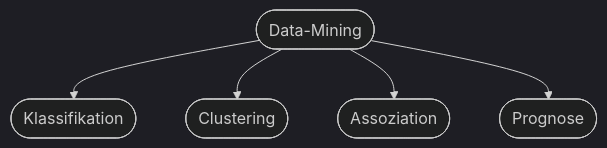
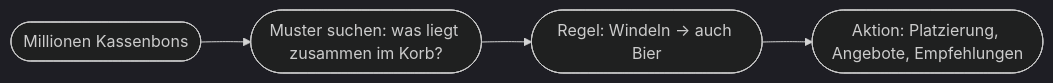
Before and after one commit to Qualidy/Prompt-Engineering-KI-in-der-Arbeitswelt: the diagram in docs/content/kapitel20.md, drawn with Mermaid (dark theme). The commit also changed other lines of this file and 80 other files, not shown here.

````diff
--- a/docs/content/kapitel20.md
+++ b/docs/content/kapitel20.md
@@ -24,7 +44,6 @@
 ```mermaid
-flowchart TD
-    A([Data-Mining]) --> B([Klassifikation])
-    A --> C([Clustering])
-    A --> D([Assoziation])
-    A --> E([Prognose])
+flowchart LR
+    A([Millionen Kassenbons]) --> B([Muster suchen: was liegt zusammen im Korb?])
+    B --> C([Regel: Windeln -> auch Bier])
+    C --> D([Aktion: Platzierung, Angebote, Empfehlungen])
 ```
````
